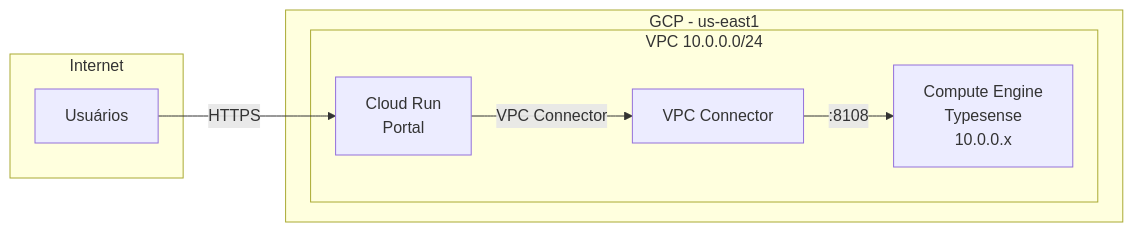
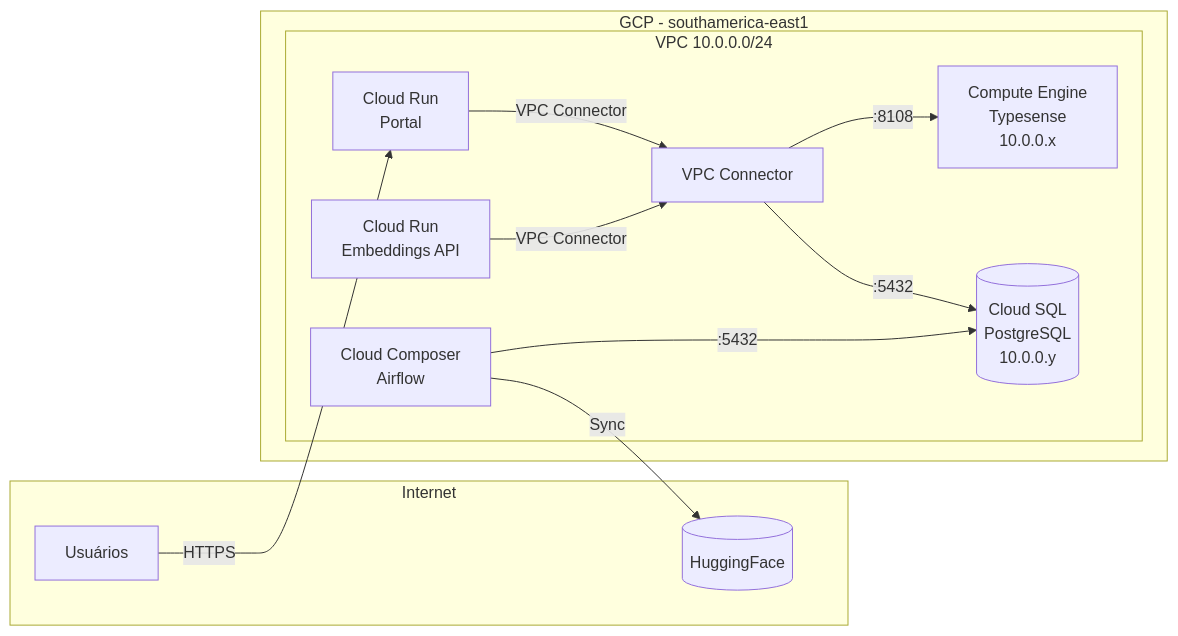
One commit to destaquesgovbr/docs changed the second of 3 diagrams in docs/infraestrutura/arquitetura-gcp.md. Above: the diagram before and after it, drawn with Mermaid. The commit also changed other lines of this file and 5 other files, not shown here.

````diff
--- a/docs/infraestrutura/arquitetura-gcp.md
+++ b/docs/infraestrutura/arquitetura-gcp.md
@@ -116,18 +196,26 @@
 ```mermaid
 flowchart LR
     subgraph "Internet"
         U[Usuários]
+        HF[(HuggingFace)]
     end
 
-    subgraph "GCP - us-east1"
+    subgraph "GCP - southamerica-east1"
         subgraph "VPC 10.0.0.0/24"
             CR[Cloud Run<br/>Portal]
+            EMB[Cloud Run<br/>Embeddings API]
             VC[VPC Connector]
             TS[Compute Engine<br/>Typesense<br/>10.0.0.x]
+            PG[(Cloud SQL<br/>PostgreSQL<br/>10.0.0.y)]
+            CC[Cloud Composer<br/>Airflow]
         end
     end
 
     U -->|HTTPS| CR
     CR -->|VPC Connector| VC
     VC -->|:8108| TS
+    VC -->|:5432| PG
+    EMB -->|VPC Connector| VC
+    CC -->|:5432| PG
+    CC -->|Sync| HF
 ```
````
